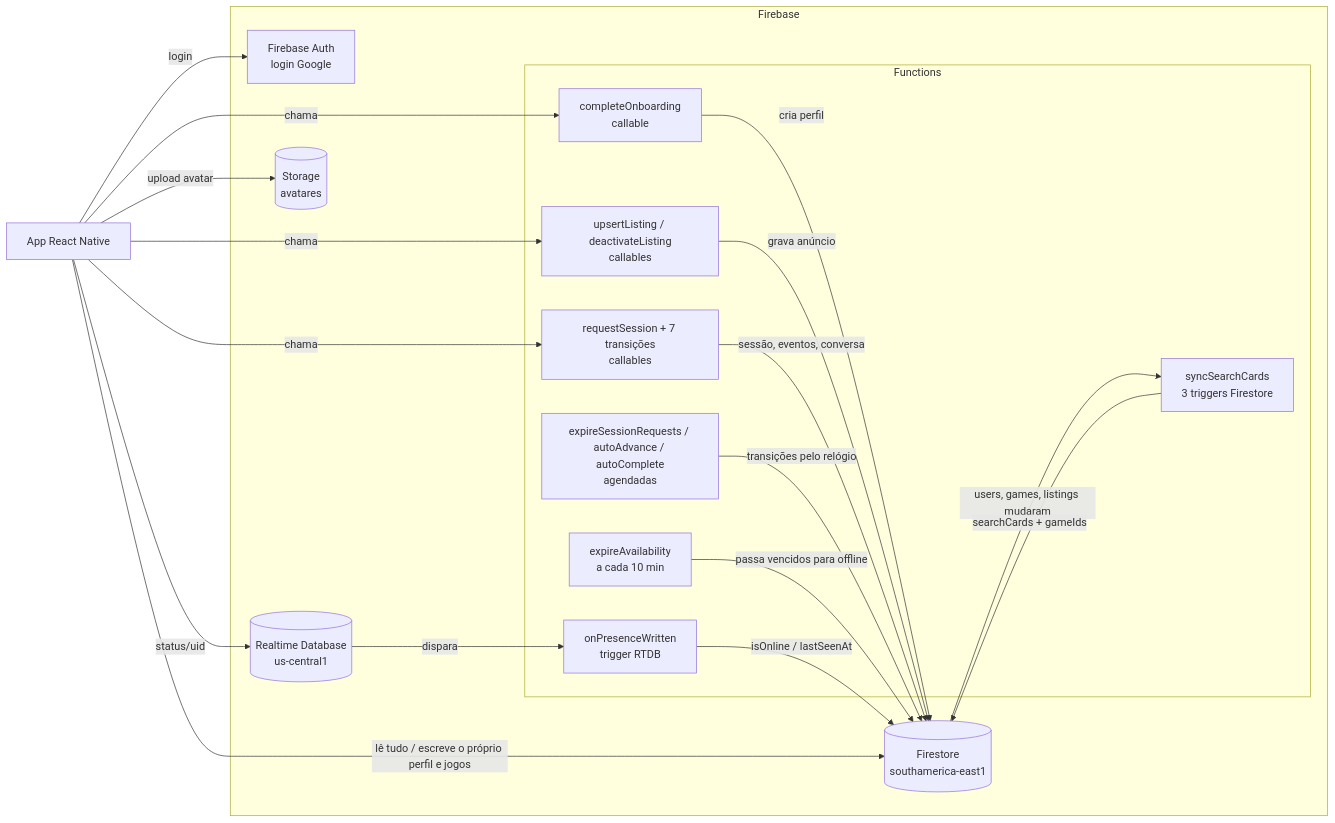
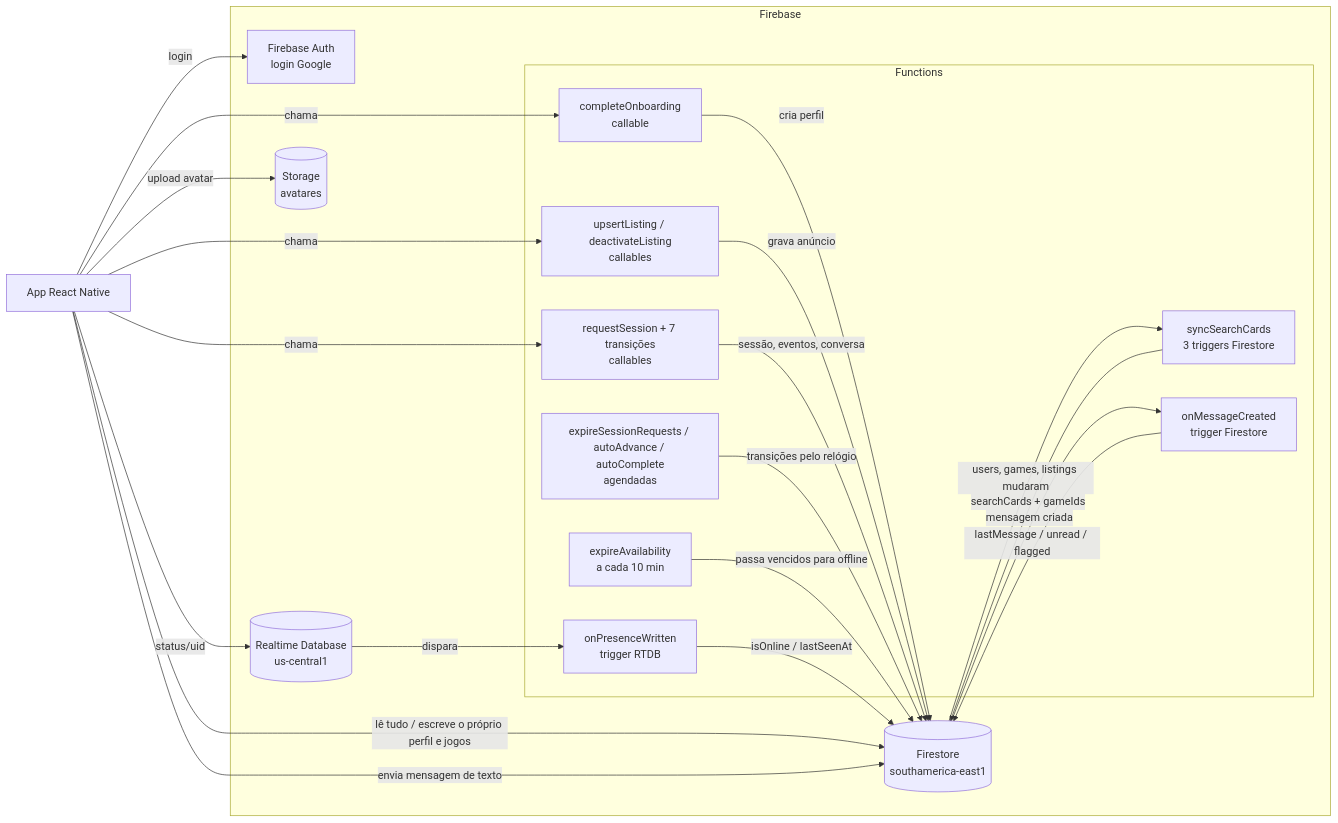
Before and after one commit to BMTeam-dev/player_two_backend: the diagram in docs/DOCs.md, drawn with Mermaid. The commit also changed other lines of this file and 8 other files, not shown here.

First line of the commit message:
Adiciona onMessageCreated: unread, limite por minuto e filtro do chat (tarefa 25) (#12)

````diff
--- a/docs/DOCs.md
+++ b/docs/DOCs.md
@@ -43,37 +44,41 @@
 ```mermaid
 flowchart LR
   App[App React Native]
 
   subgraph Firebase
     Auth[Firebase Auth<br/>login Google]
     FS[(Firestore<br/>southamerica-east1)]
     RTDB[(Realtime Database<br/>us-central1)]
     ST[(Storage<br/>avatares)]
     subgraph Functions
       CO[completeOnboarding<br/>callable]
       EA[expireAvailability<br/>a cada 10 min]
       PW[onPresenceWritten<br/>trigger RTDB]
       SC[syncSearchCards<br/>3 triggers Firestore]
       LI[upsertListing / deactivateListing<br/>callables]
       SE[requestSession + 7 transições<br/>callables]
       SA[expireSessionRequests / autoAdvance / autoComplete<br/>agendadas]
+      MC[onMessageCreated<br/>trigger Firestore]
     end
   end
 
   App -- login --> Auth
   App -- lê tudo / escreve o próprio perfil e jogos --> FS
   App -- status/uid --> RTDB
   App -- upload avatar --> ST
   App -- chama --> CO
   CO -- cria perfil --> FS
   App -- chama --> LI
   LI -- grava anúncio --> FS
   App -- chama --> SE
   SE -- sessão, eventos, conversa --> FS
   SA -- transições pelo relógio --> FS
   EA -- passa vencidos para offline --> FS
   RTDB -- dispara --> PW
   PW -- isOnline / lastSeenAt --> FS
   FS -- users, games, listings mudaram --> SC
   SC -- searchCards + gameIds --> FS
+  App -- envia mensagem de texto --> FS
+  FS -- mensagem criada --> MC
+  MC -- lastMessage / unread / flagged --> FS
 ```
````
